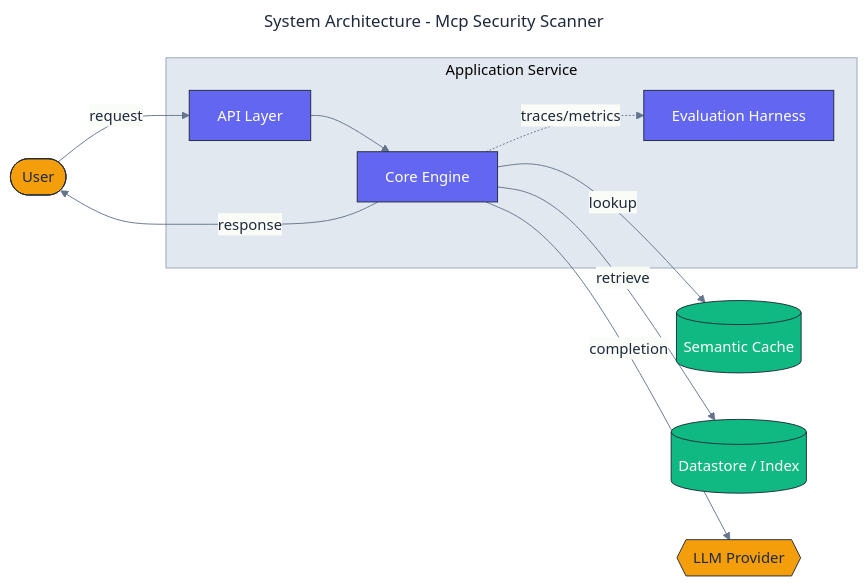
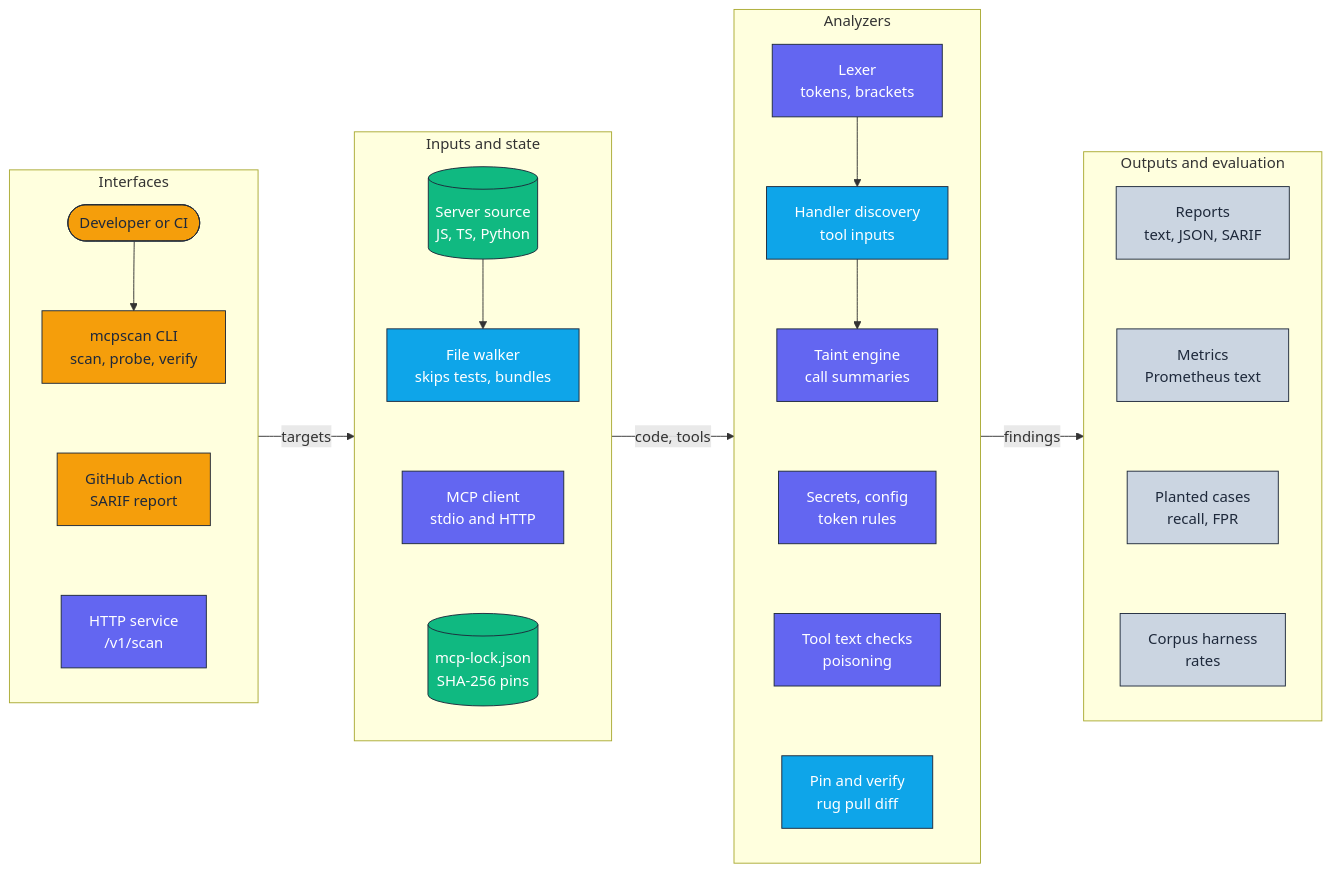
Before and after one commit to adeoluo/mcp-security-scanner: the diagram in docs/architecture/architecture.mmd, drawn with Mermaid. The commit also changed 55 other files, not shown here.

Commit message:
feat: public corpus scan of 1,013 MCP servers with hand-labeled precision (#6)

```diff
--- a/docs/architecture/architecture.mmd
+++ b/docs/architecture/architecture.mmd
@@ -1,38 +1,49 @@
----
-title: System Architecture - Mcp Security Scanner
-config:
-  theme: base
-  themeVariables:
-    fontFamily: "Inter, system-ui, sans-serif"
-    primaryColor: "#F8FAFC"
-    primaryBorderColor: "#1E293B"
-    primaryTextColor: "#1E293B"
-    lineColor: "#64748B"
-    clusterBkg: "#E2E8F0"
-    clusterBorder: "#94A3B8"
----
 flowchart LR
+    classDef edge     fill:#F59E0B,stroke:#1E293B,color:#1E293B,stroke-width:1px;
     classDef core     fill:#6366F1,stroke:#1E293B,color:#ffffff,stroke-width:1px;
     classDef data     fill:#10B981,stroke:#1E293B,color:#ffffff,stroke-width:1px;
-    classDef external fill:#F59E0B,stroke:#1E293B,color:#1E293B,stroke-width:1px;
-    classDef danger   fill:#EF4444,stroke:#1E293B,color:#ffffff,stroke-width:1px;
+    classDef control  fill:#0EA5E9,stroke:#1E293B,color:#ffffff,stroke-width:1px;
+    classDef obs      fill:#CBD5E1,stroke:#1E293B,color:#1E293B,stroke-width:1px;
 
-    User([User]):::external
-
-    subgraph Application["Application Service"]
-        API[API Layer]:::core
-        Core[Core Engine]:::core
-        Evaluation[Evaluation Harness]:::core
+    subgraph Interfaces["Interfaces"]
+        direction TB
+        User([Developer or CI]):::edge
+        CLI["mcpscan CLI<br/>scan, probe, verify"]:::edge
+        Action["GitHub Action<br/>SARIF report"]:::edge
+        Service["HTTP service<br/>/v1/scan"]:::core
+        User --> CLI ~~~ Action ~~~ Service
     end
 
-    Cache[(Semantic Cache)]:::data
-    Store[(Datastore / Index)]:::data
-    LLM{{LLM Provider}}:::external
+    subgraph Inputs["Inputs and state"]
+        direction TB
+        Source[("Server source<br/>JS, TS, Python")]:::data
+        Walker["File walker<br/>skips tests, bundles"]:::control
+        Client["MCP client<br/>stdio and HTTP"]:::core
+        Lock[("mcp-lock.json<br/>SHA-256 pins")]:::data
+        Source --> Walker ~~~ Client ~~~ Lock
+    end
 
-    User -->|request| API
-    API --> Core
-    Core -->|lookup| Cache
-    Core -->|retrieve| Store
-    Core -->|completion| LLM
-    Core -.->|traces/metrics| Evaluation
-    Core -->|response| User
+    subgraph Analysis["Analyzers"]
+        direction TB
+        Lexer["Lexer<br/>tokens, brackets"]:::core
+        Handlers["Handler discovery<br/>tool inputs"]:::control
+        Taint["Taint engine<br/>call summaries"]:::core
+        Patterns["Secrets, config<br/>token rules"]:::core
+        Poison["Tool text checks<br/>poisoning"]:::core
+        Pin["Pin and verify<br/>rug pull diff"]:::control
+        Lexer --> Handlers --> Taint
+        Taint ~~~ Patterns ~~~ Poison ~~~ Pin
+    end
+
+    subgraph Out["Outputs and evaluation"]
+        direction TB
+        Reports["Reports<br/>text, JSON, SARIF"]:::obs
+        Metrics["Metrics<br/>Prometheus text"]:::obs
+        Bench["Planted cases<br/>recall, FPR"]:::obs
+        Corpus["Corpus harness<br/>rates"]:::obs
+        Reports ~~~ Metrics ~~~ Bench ~~~ Corpus
+    end
+
+    Interfaces -->|targets| Inputs
+    Inputs -->|code, tools| Analysis
+    Analysis -->|findings| Out
```
